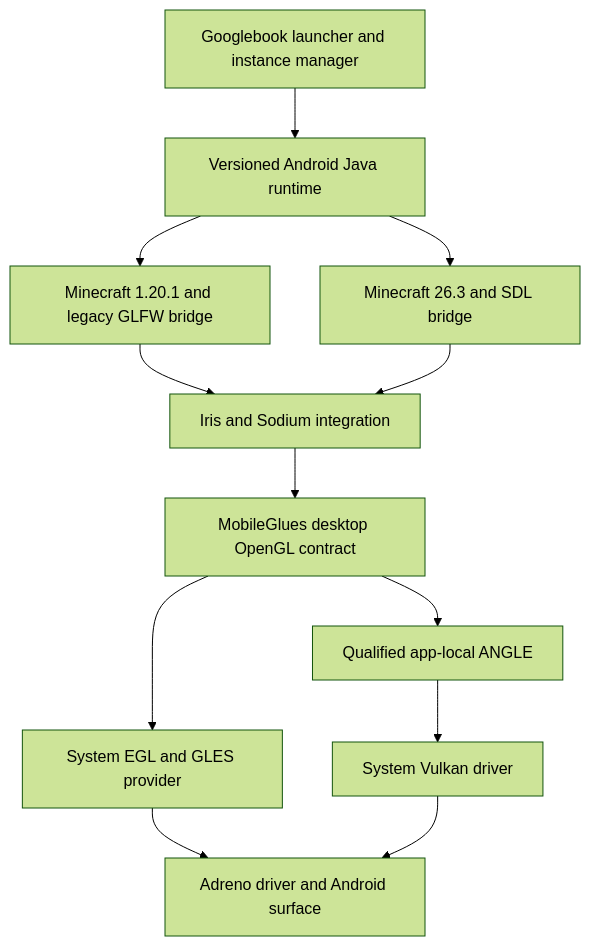
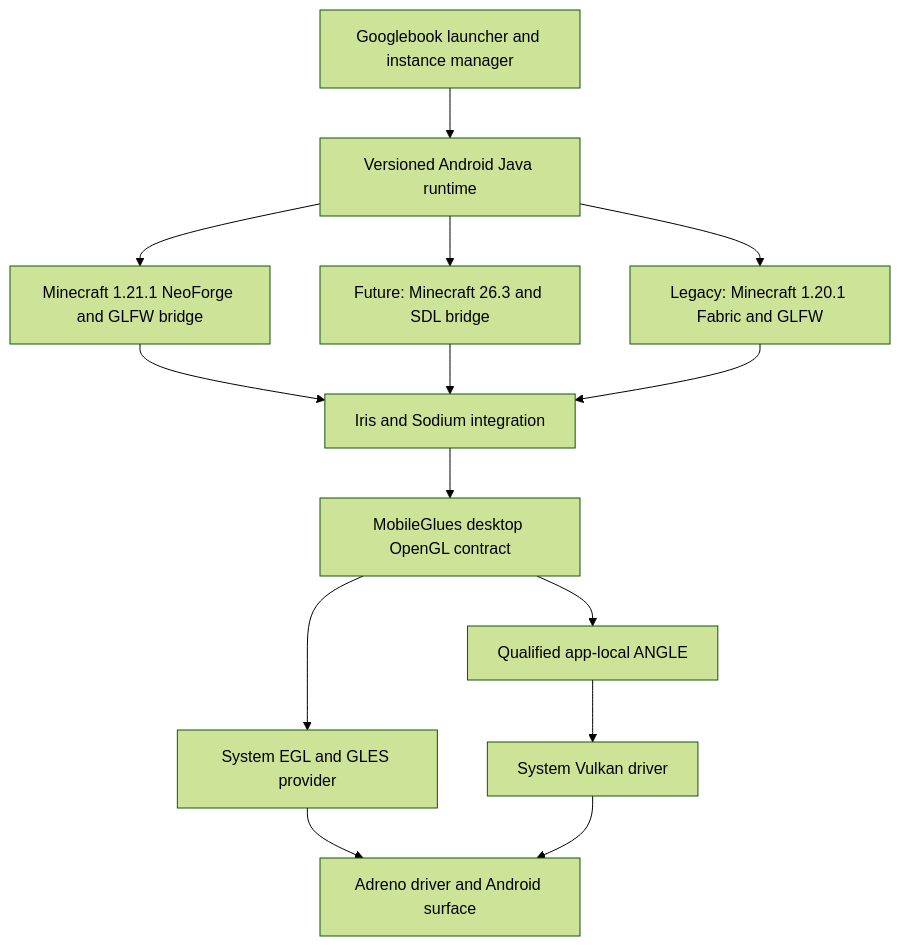
The diagram in docs/01_MobileGlues_Googlebook_Architecture.md (BaiTian6641/MobileGlues), drawn with Mermaid (forest theme) before and after one commit. The commit also changed other lines of this file and 19 other files, not shown here.

Commit message:
[Docs] (googlebook): pin 1.21.1 NeoForge lane and staged image-unit pass

````diff
--- a/docs/01_MobileGlues_Googlebook_Architecture.md
+++ b/docs/01_MobileGlues_Googlebook_Architecture.md
@@ -72,14 +74,16 @@
 ```mermaid
 flowchart TD
     A["Googlebook launcher and instance manager"] --> B["Versioned Android Java runtime"]
-    B --> C["Minecraft 1.20.1 and legacy GLFW bridge"]
-    B --> D["Minecraft 26.3 and SDL bridge"]
+    B --> C["Minecraft 1.21.1 NeoForge and GLFW bridge"]
+    B --> D["Future: Minecraft 26.3 and SDL bridge"]
+    B --> K["Legacy: Minecraft 1.20.1 Fabric and GLFW"]
     C --> E["Iris and Sodium integration"]
     D --> E
+    K --> E
     E --> F["MobileGlues desktop OpenGL contract"]
     F --> G["System EGL and GLES provider"]
     F --> H["Qualified app-local ANGLE"]
     G --> I["Adreno driver and Android surface"]
     H --> J["System Vulkan driver"]
     J --> I
 ```
````
